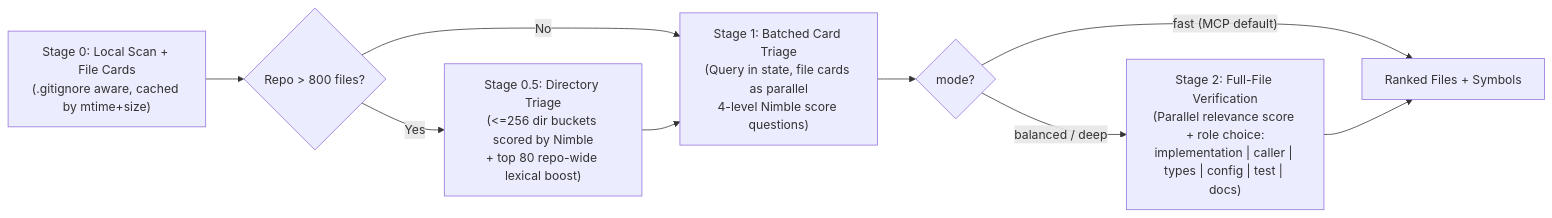
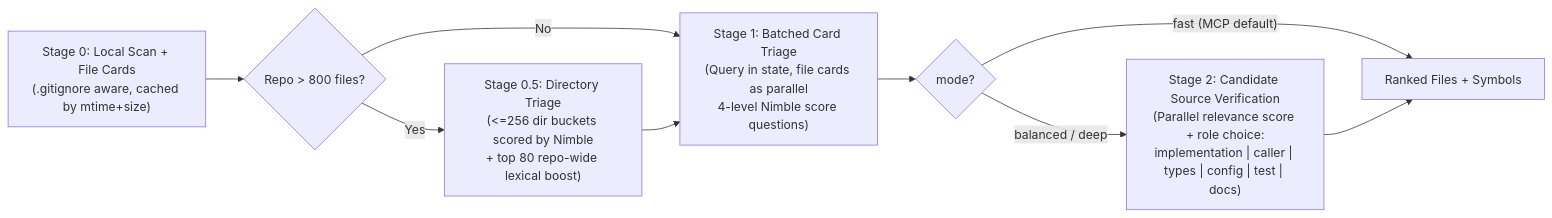
One commit to bespokelabsai/nimble-search changed the diagram in README.md. Above: the diagram before and after it, drawn with Mermaid. The commit also changed other lines of this file and 4 other files, not shown here.

````diff
--- a/README.md
+++ b/README.md
@@ -41,11 +128,11 @@
 ```mermaid
 flowchart LR
     A["Stage 0: Local Scan + File Cards\n(.gitignore aware, cached by mtime+size)"] --> B{"Repo > 800 files?"}
     B -- Yes --> C["Stage 0.5: Directory Triage\n(<=256 dir buckets scored by Nimble\n+ top 80 repo-wide lexical boost)"]
     B -- No --> D["Stage 1: Batched Card Triage\n(Query in state, file cards as parallel\n4-level Nimble score questions)"]
     C --> D
     D --> E{"mode?"}
     E -- "fast (MCP default)" --> F["Ranked Files + Symbols"]
-    E -- "balanced / deep" --> G["Stage 2: Full-File Verification\n(Parallel relevance score + role choice:\nimplementation | caller | types | config | test | docs)"]
+    E -- "balanced / deep" --> G["Stage 2: Candidate Source Verification\n(Parallel relevance score + role choice:\nimplementation | caller | types | config | test | docs)"]
     G --> F
 ```
````
